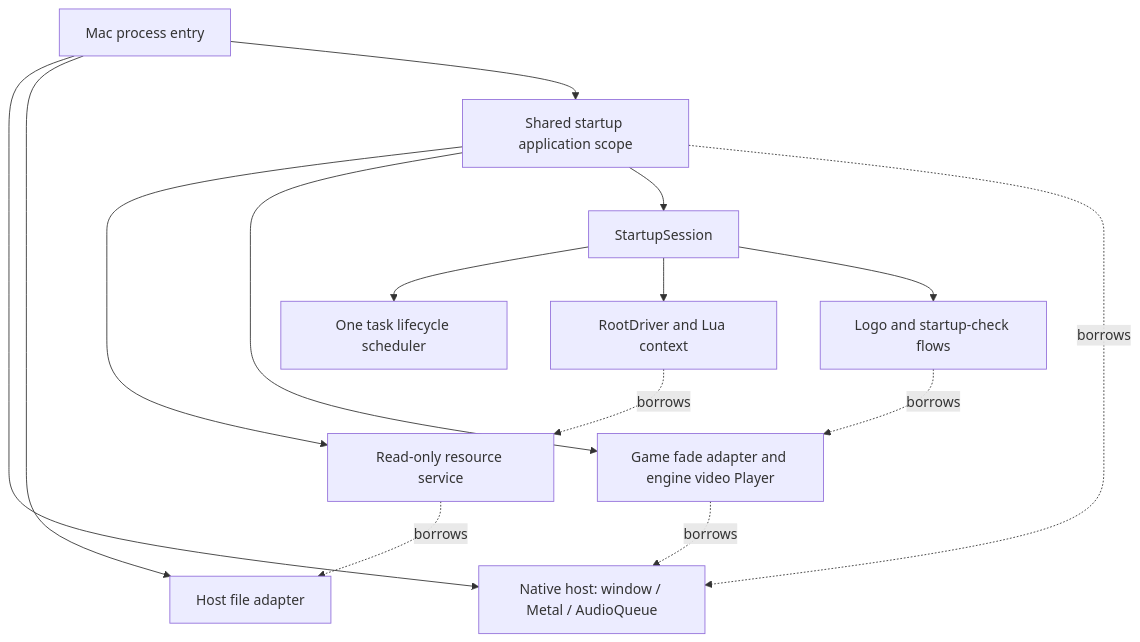
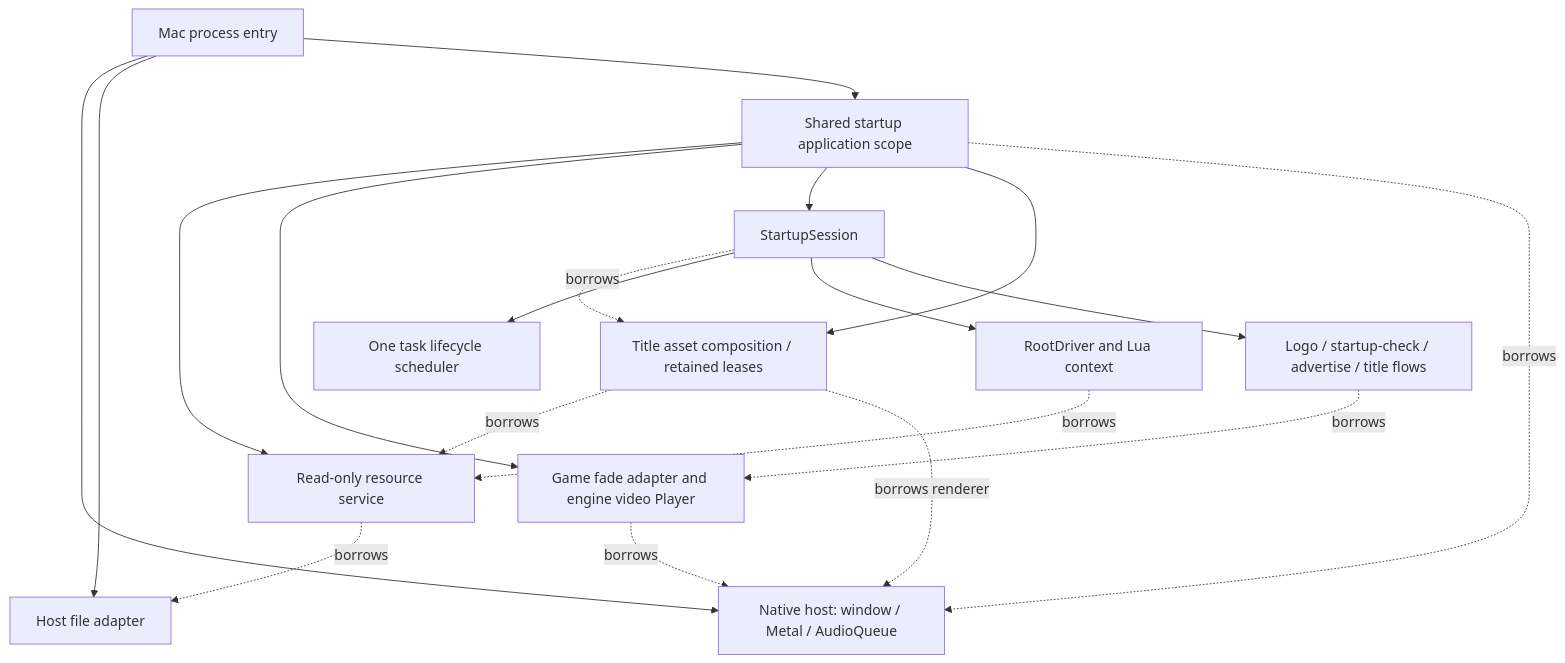
Before and after one commit to plainsight-systems/bullet-witch: the second of 3 diagrams in docs/architecture/runtime-model.md, drawn with Mermaid. The commit also changed other lines of this file and 54 other files, not shown here.

````diff
--- a/docs/architecture/runtime-model.md
+++ b/docs/architecture/runtime-model.md
@@ -108,17 +110,21 @@
 ```mermaid
 flowchart TD
     Entry[Mac process entry] --> Host[Native host: window / Metal / AudioQueue]
     Entry --> Files[Host file adapter]
     Entry --> Framework[Shared startup application scope]
     Framework --> Resources[Read-only resource service]
     Framework --> Playback[Game fade adapter and engine video Player]
     Framework --> Session[StartupSession]
+    Framework --> TitleAssets[Title asset composition / retained leases]
+    Session -. borrows .-> TitleAssets
+    TitleAssets -. borrows .-> Resources
+    TitleAssets -. borrows renderer .-> Host
     Framework -. borrows .-> Host
     Resources -. borrows .-> Files
     Session --> Scheduler[One task lifecycle scheduler]
     Session --> Root[RootDriver and Lua context]
-    Session --> Screens[Logo and startup-check flows]
+    Session --> Screens[Logo / startup-check / advertise / title flows]
     Playback -. borrows .-> Host
     Screens -. borrows .-> Playback
     Root -. borrows .-> Resources
 ```
````
